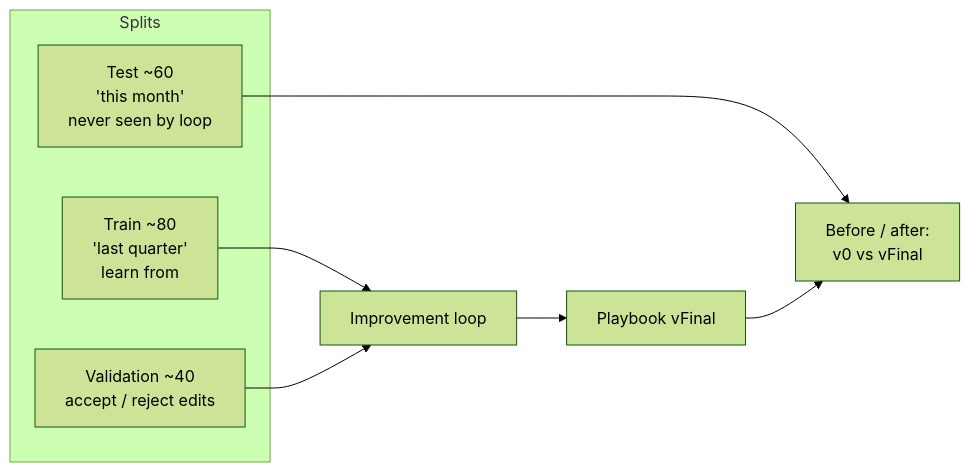
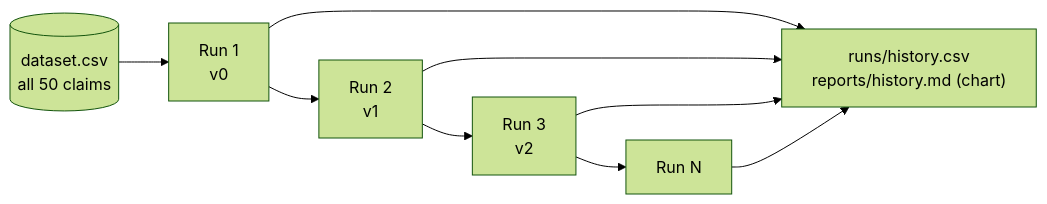
One commit to knatarasan/agent-team-crusoe changed the fourth of 4 diagrams in architecture.md. Above: the diagram before and after it, drawn with Mermaid (forest theme). The commit also changed other lines of this file and 17 other files, not shown here.

Commit message:
The flow changes included for improvising each run .

````diff
--- a/architecture.md
+++ b/architecture.md
@@ -90,13 +100,5 @@
 ```mermaid
 flowchart LR
-    subgraph Splits
-        TR["Train ~80<br/>'last quarter'<br/>learn from"]
-        VA["Validation ~40<br/>accept / reject edits"]
-        TE["Test ~60<br/>'this month'<br/>never seen by loop"]
-    end
-    TR --> LOOP["Improvement loop"]
-    VA --> LOOP
-    LOOP --> FINAL["Playbook vFinal"]
-    TE --> PROOF["Before / after:<br/>v0 vs vFinal"]
-    FINAL --> PROOF
+    D[("dataset.csv<br/>all 50 claims")] --> R1["Run 1<br/>v0"] --> R2["Run 2<br/>v1"] --> R3["Run 3<br/>v2"] --> RN["Run N"]
+    R1 & R2 & R3 & RN --> H["runs/history.csv<br/>reports/history.md (chart)"]
 ```
````
